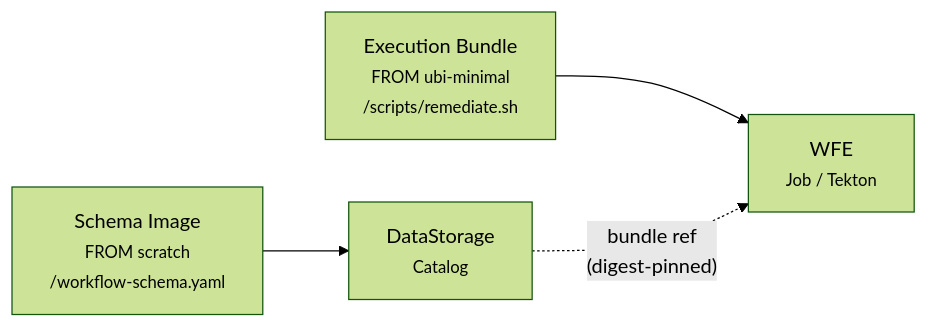
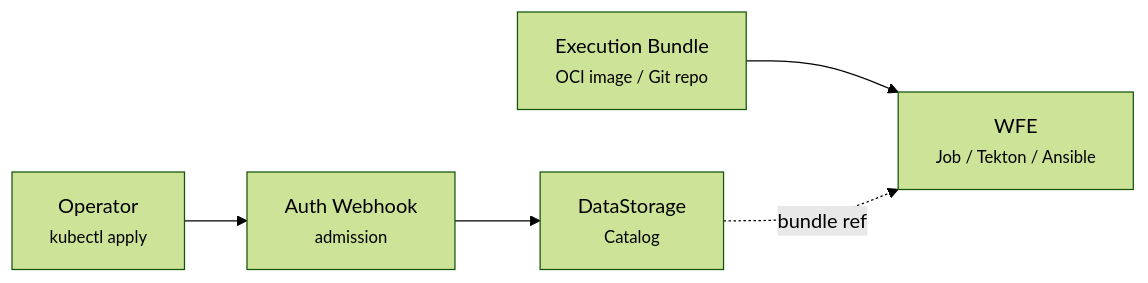
Before and after one commit to jordigilh/kubernaut-docs: the diagram in docs/user-guide/workflows.md, drawn with Mermaid (forest theme). The commit also changed other lines of this file and 14 other files, not shown here.

````diff
--- a/docs/user-guide/workflows.md
+++ b/docs/user-guide/workflows.md
@@ -11,6 +11,7 @@
 ```mermaid
 flowchart LR
-    Schema["Schema Image<br/><small>FROM scratch</small><br/><small>/workflow-schema.yaml</small>"] --> DS["DataStorage<br/><small>Catalog</small>"]
-    Bundle["Execution Bundle<br/><small>FROM ubi-minimal</small><br/><small>/scripts/remediate.sh</small>"] --> WFE["WFE<br/><small>Job / Tekton</small>"]
-    DS -.->|"bundle ref<br/>(digest-pinned)"| WFE
+    Op["Operator<br/><small>kubectl apply</small>"] --> AW["Auth Webhook<br/><small>admission</small>"]
+    AW --> DS["DataStorage<br/><small>Catalog</small>"]
+    Bundle["Execution Bundle<br/><small>OCI image / Git repo</small>"] --> WFE["WFE<br/><small>Job / Tekton / Ansible</small>"]
+    DS -.->|"bundle ref"| WFE
 ```
````
